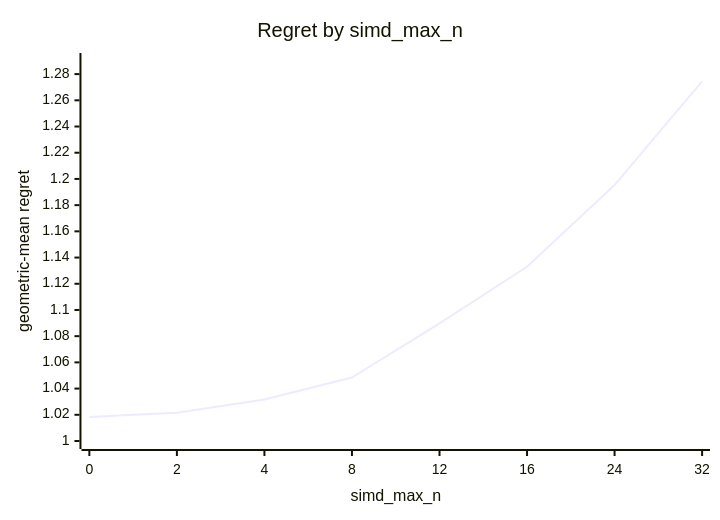
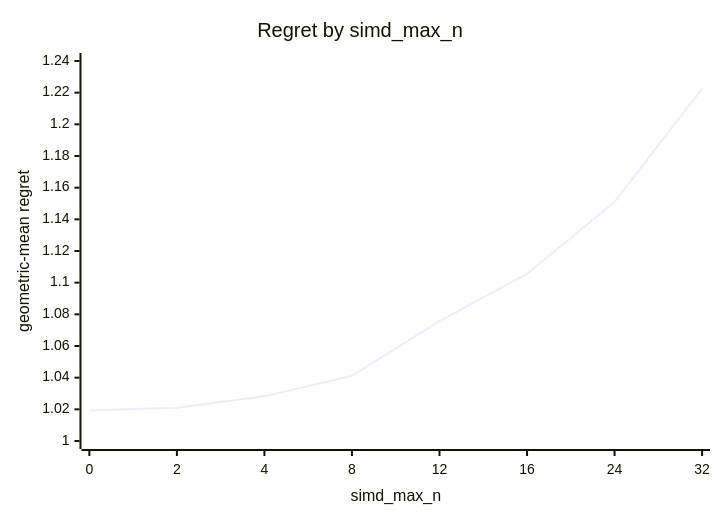
Before and after one commit to c0rmac/metal-linalg: the second of 5 diagrams in docs/results/apple-m5-pro-20gpu/combined/eigh/report.md, drawn with Mermaid. The commit also changed other lines of this file and 7 other files, not shown here.

````diff
--- a/docs/results/apple-m5-pro-20gpu/combined/eigh/report.md
+++ b/docs/results/apple-m5-pro-20gpu/combined/eigh/report.md
@@ -66,7 +66,7 @@
 ```mermaid
 xychart-beta
     title "Regret by simd_max_n"
     x-axis "simd_max_n" [0, 2, 4, 8, 12, 16, 24, 32]
-    y-axis "geometric-mean regret" 1.0 --> 1.29
-    line [1.0184, 1.0216, 1.0316, 1.0484, 1.0898, 1.1330, 1.1953, 1.2745]
+    y-axis "geometric-mean regret" 1.0 --> 1.24
+    line [1.0193, 1.0210, 1.0282, 1.0412, 1.0757, 1.1056, 1.1510, 1.2226]
 ```
````
